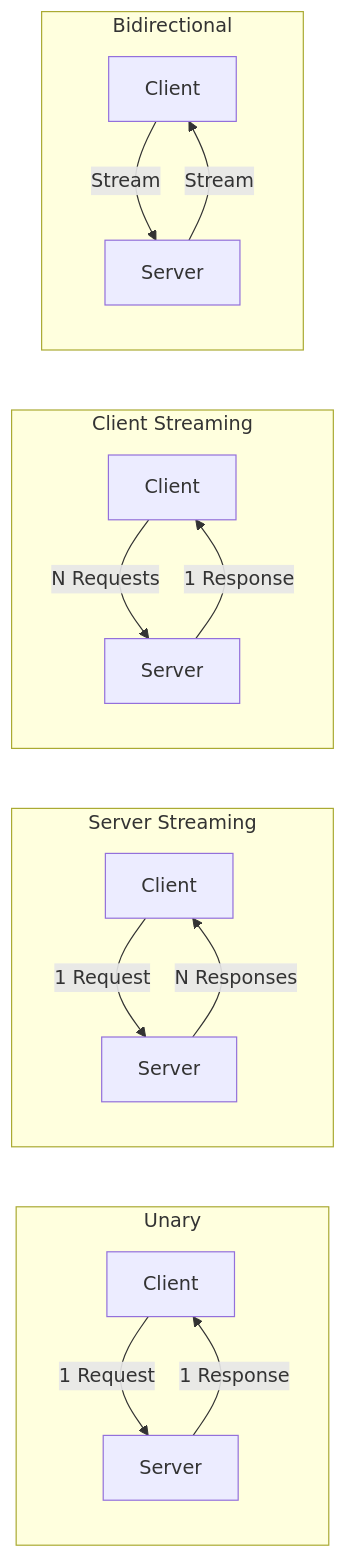
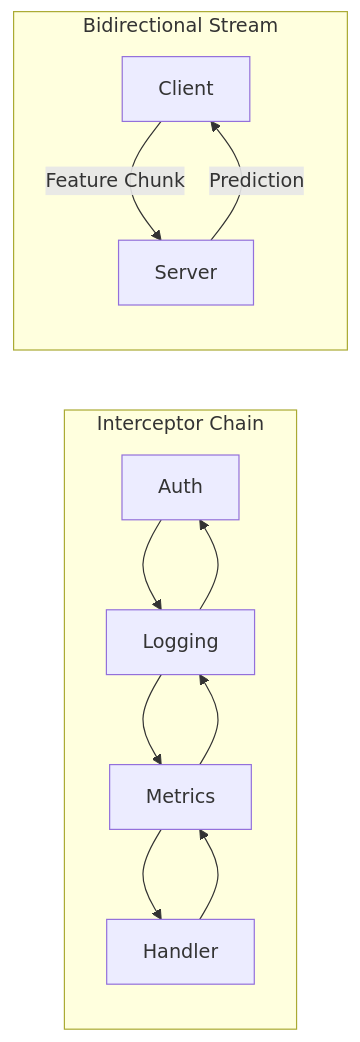
Before and after one commit to Leito2/Learning: the third of 3 diagrams in Software Engineering/02 - Go Engineering/02 - Go for Cloud Native/03 - gRPC and Protocol Buffers.md, drawn with Mermaid. The commit also changed other lines of this file and 41 other files, not shown here.

````diff
--- a/Software Engineering/02 - Go Engineering/02 - Go for Cloud Native/03 - gRPC and Protocol Buffers.md
+++ b/Software Engineering/02 - Go Engineering/02 - Go for Cloud Native/03 - gRPC and Protocol Buffers.md
@@ -78,19 +376,15 @@
 ```mermaid
 graph LR
-    subgraph "Unary"
-        U1[Client] -->|1 Request| U2[Server]
-        U2 -->|1 Response| U1
+    subgraph "Interceptor Chain"
+        A[Auth] --> B[Logging]
+        B --> C[Metrics]
+        C --> D[Handler]
+        D --> C
+        C --> B
+        B --> A
     end
-    subgraph "Server Streaming"
-        S1[Client] -->|1 Request| S2[Server]
-        S2 -->|N Responses| S1
-    end
-    subgraph "Client Streaming"
-        C1[Client] -->|N Requests| C2[Server]
-        C2 -->|1 Response| C1
-    end
-    subgraph "Bidirectional"
-        B1[Client] -->|Stream| B2[Server]
-        B2 -->|Stream| B1
+    subgraph "Bidirectional Stream"
+        E[Client] -->|Feature Chunk| F[Server]
+        F -->|Prediction| E
     end
 ```
````
